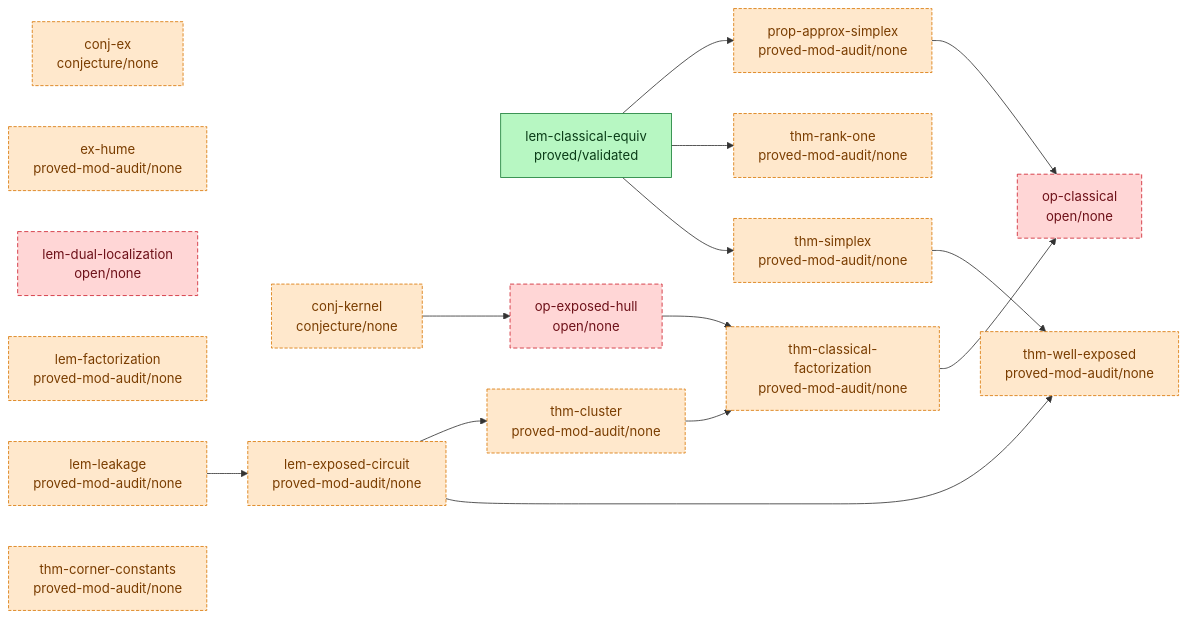
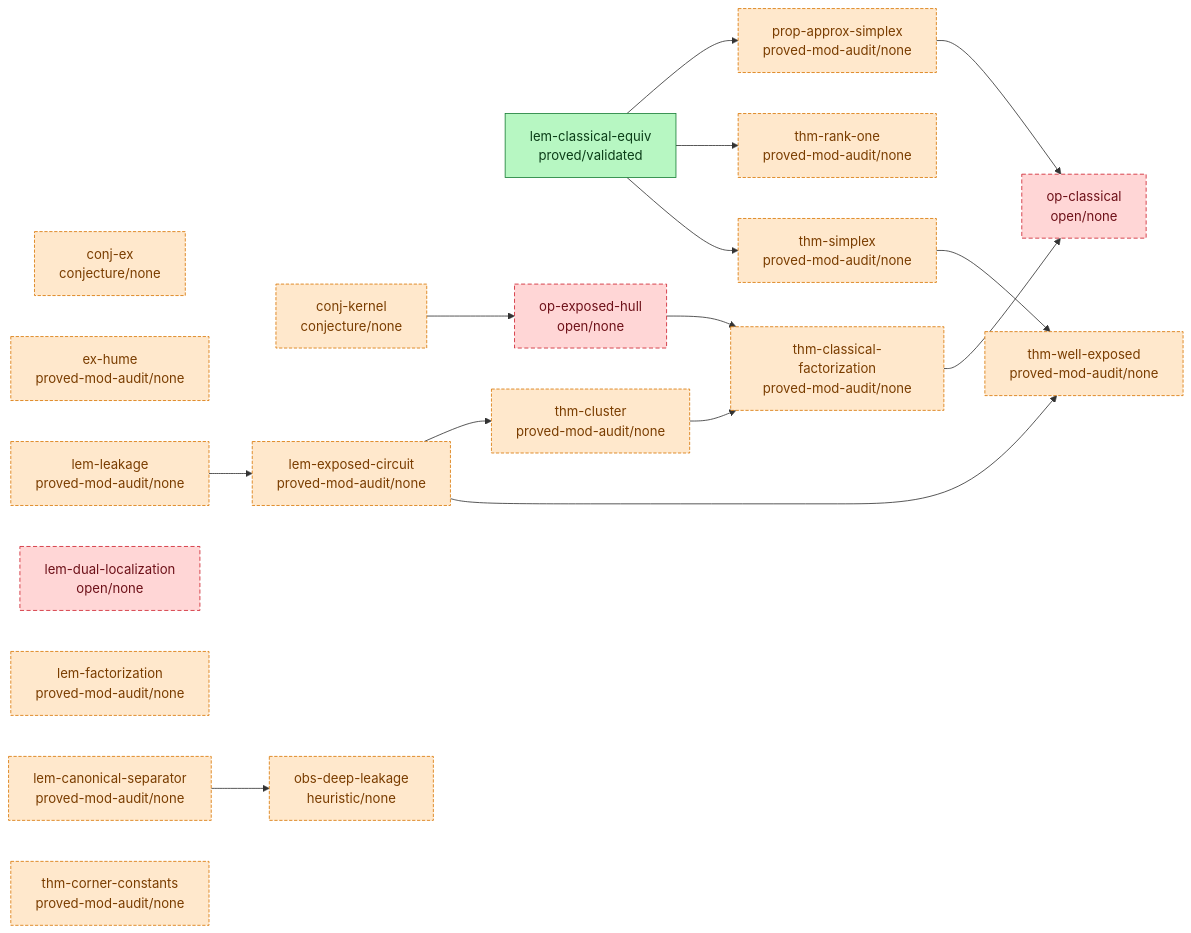
One commit to tobiasosborne/almost-idempotent-stochastic-maps changed the diagram in argument/DAG.md. Above: the diagram before and after it, drawn with Mermaid. The commit also changed other lines of this file and 4 other files, not shown here.

````diff
--- a/argument/DAG.md
+++ b/argument/DAG.md
@@ -6,42 +6,45 @@
 ```mermaid
 graph LR
   classDef validated fill:#b7f7c2,stroke:#1a7f37,color:#0b3d18;
   classDef proved fill:#cfe3ff,stroke:#0969da,color:#0a3069;
   classDef seeded fill:#fff3c4,stroke:#bf8700,color:#5a4500;
   classDef stated fill:#eaecef,stroke:#8b949e,color:#24292f;
   classDef cited fill:#e7d6ff,stroke:#8250df,color:#3b1a73;
   classDef nonrigorous fill:#ffe8cc,stroke:#d97706,color:#7a3d00,stroke-dasharray:4 2;
   classDef open fill:#ffd6d6,stroke:#cf222e,color:#6e1119,stroke-dasharray:5 3;
   conj-ex["conj-ex<br/>conjecture/none"]
   conj-kernel["conj-kernel<br/>conjecture/none"]
   ex-hume["ex-hume<br/>proved-mod-audit/none"]
+  lem-canonical-separator["lem-canonical-separator<br/>proved-mod-audit/none"]
   lem-classical-equiv["lem-classical-equiv<br/>proved/validated"]
   lem-dual-localization["lem-dual-localization<br/>open/none"]
   lem-exposed-circuit["lem-exposed-circuit<br/>proved-mod-audit/none"]
   lem-factorization["lem-factorization<br/>proved-mod-audit/none"]
   lem-leakage["lem-leakage<br/>proved-mod-audit/none"]
+  obs-deep-leakage["obs-deep-leakage<br/>heuristic/none"]
   op-classical["op-classical<br/>open/none"]
   op-exposed-hull["op-exposed-hull<br/>open/none"]
   prop-approx-simplex["prop-approx-simplex<br/>proved-mod-audit/none"]
   thm-classical-factorization["thm-classical-factorization<br/>proved-mod-audit/none"]
   thm-cluster["thm-cluster<br/>proved-mod-audit/none"]
   thm-corner-constants["thm-corner-constants<br/>proved-mod-audit/none"]
   thm-rank-one["thm-rank-one<br/>proved-mod-audit/none"]
   thm-simplex["thm-simplex<br/>proved-mod-audit/none"]
   thm-well-exposed["thm-well-exposed<br/>proved-mod-audit/none"]
   conj-kernel --> op-exposed-hull
+  lem-canonical-separator --> obs-deep-leakage
   lem-classical-equiv --> prop-approx-simplex
   lem-classical-equiv --> thm-rank-one
   lem-classical-equiv --> thm-simplex
   lem-exposed-circuit --> thm-cluster
   lem-exposed-circuit --> thm-well-exposed
   lem-leakage --> lem-exposed-circuit
   op-exposed-hull --> thm-classical-factorization
   prop-approx-simplex --> op-classical
   thm-classical-factorization --> op-classical
   thm-cluster --> thm-classical-factorization
   thm-simplex --> thm-well-exposed
   class lem-classical-equiv validated;
-  class conj-ex,conj-kernel,ex-hume,lem-exposed-circuit,lem-factorization,lem-leakage,prop-approx-simplex,thm-classical-factorization,thm-cluster,thm-corner-constants,thm-rank-one,thm-simplex,thm-well-exposed nonrigorous;
+  class conj-ex,conj-kernel,ex-hume,lem-canonical-separator,lem-exposed-circuit,lem-factorization,lem-leakage,obs-deep-leakage,prop-approx-simplex,thm-classical-factorization,thm-cluster,thm-corner-constants,thm-rank-one,thm-simplex,thm-well-exposed nonrigorous;
   class lem-dual-localization,op-classical,op-exposed-hull open;
 ```
````
